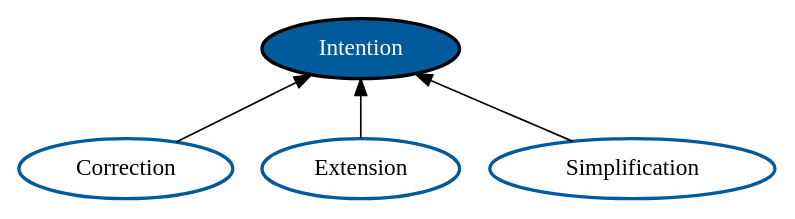
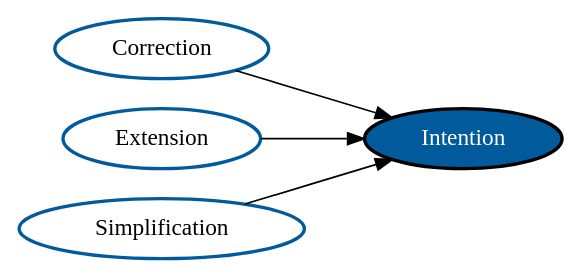
Before and after one commit to binfalse/COMODI: the diagram in doc/intention.dot, drawn with Graphviz. The commit also changed 9 other files, not shown here.

```diff
--- a/doc/intention.dot
+++ b/doc/intention.dot
@@ -1,14 +1,14 @@
 digraph intro {
-rankdir=BT;
+rankdir=LR;
 edge [len=2];
 node [color="#005A9C",fontname = "DejaVu Sans Mono bold", style="bold"];
 
 top [color="#000000", style="filled,bold", fillcolor="#005A9C", fontcolor="#ffffff", label="Intention"];
 
 
 
 "Correction" -> top;
 "Extension" -> top;
 "Simplification" -> top;
 
 }
```
